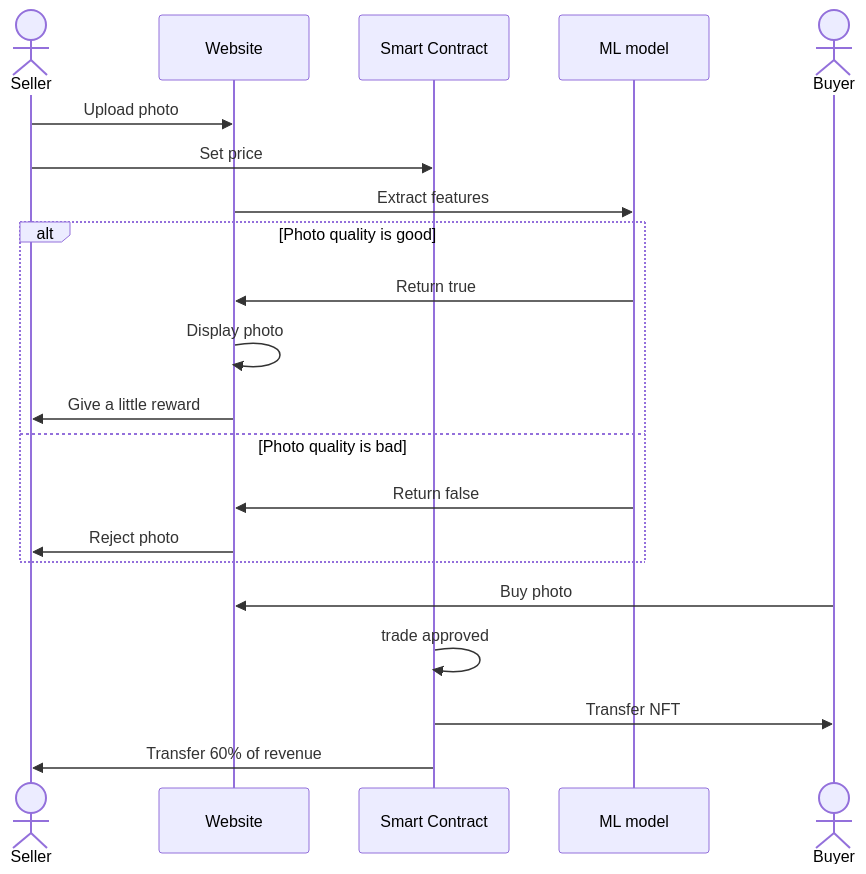
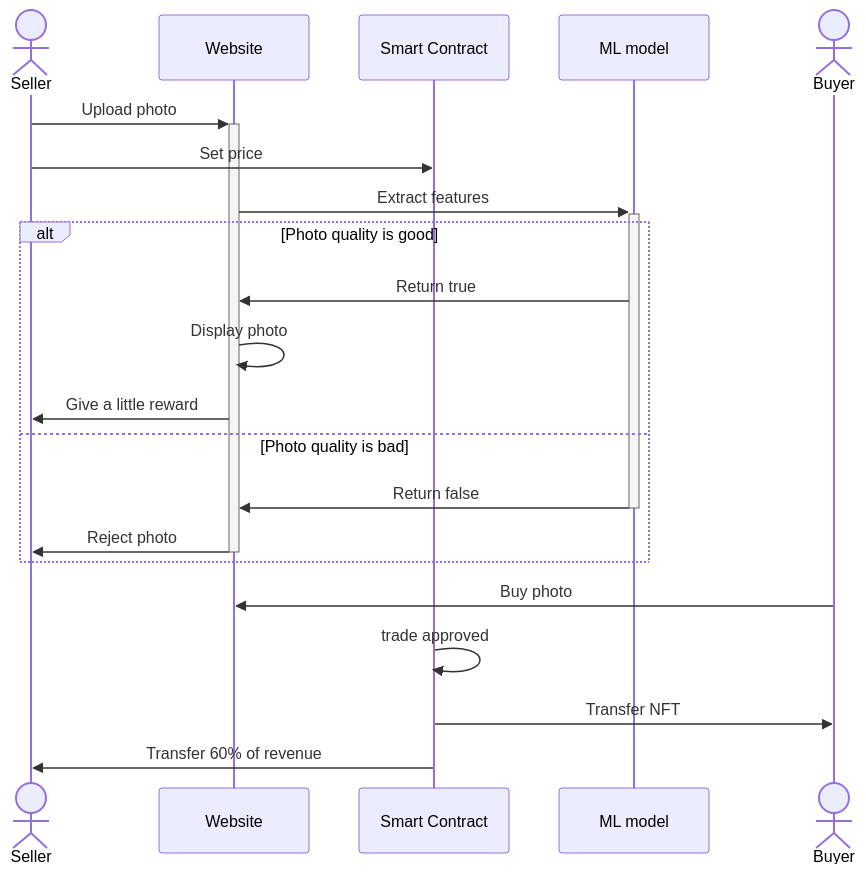
Before and after one commit to AI-and-Blockchain/S24_The_World: the diagram in README.md, drawn with Mermaid.

Commit message:
Refactor sequence diagram in README.md

````diff
--- a/README.md
+++ b/README.md
@@ -42,24 +42,24 @@
 ```mermaid
 sequenceDiagram
     actor S as Seller
     participant W as Website
     participant contract as Smart Contract
     participant ML as ML model
     actor B as Buyer
 
-    S->>W: Upload photo
+    S->>+W: Upload photo
     S->>contract: Set price
-    W->>ML: Extract features
+    W->>+ML: Extract features
     alt Photo quality is good
         ML->>W: Return true
         W->>W: Display photo
         W->>S: Give a little reward
     else Photo quality is bad
-        ML->>W: Return false
-        W->>S: Reject photo
+        ML->>-W: Return false
+        W->>-S: Reject photo
     end
     B->>W: Buy photo
     contract->>contract: trade approved
     contract->>B: Transfer NFT
     contract->>S: Transfer 60% of revenue
 ```
````
